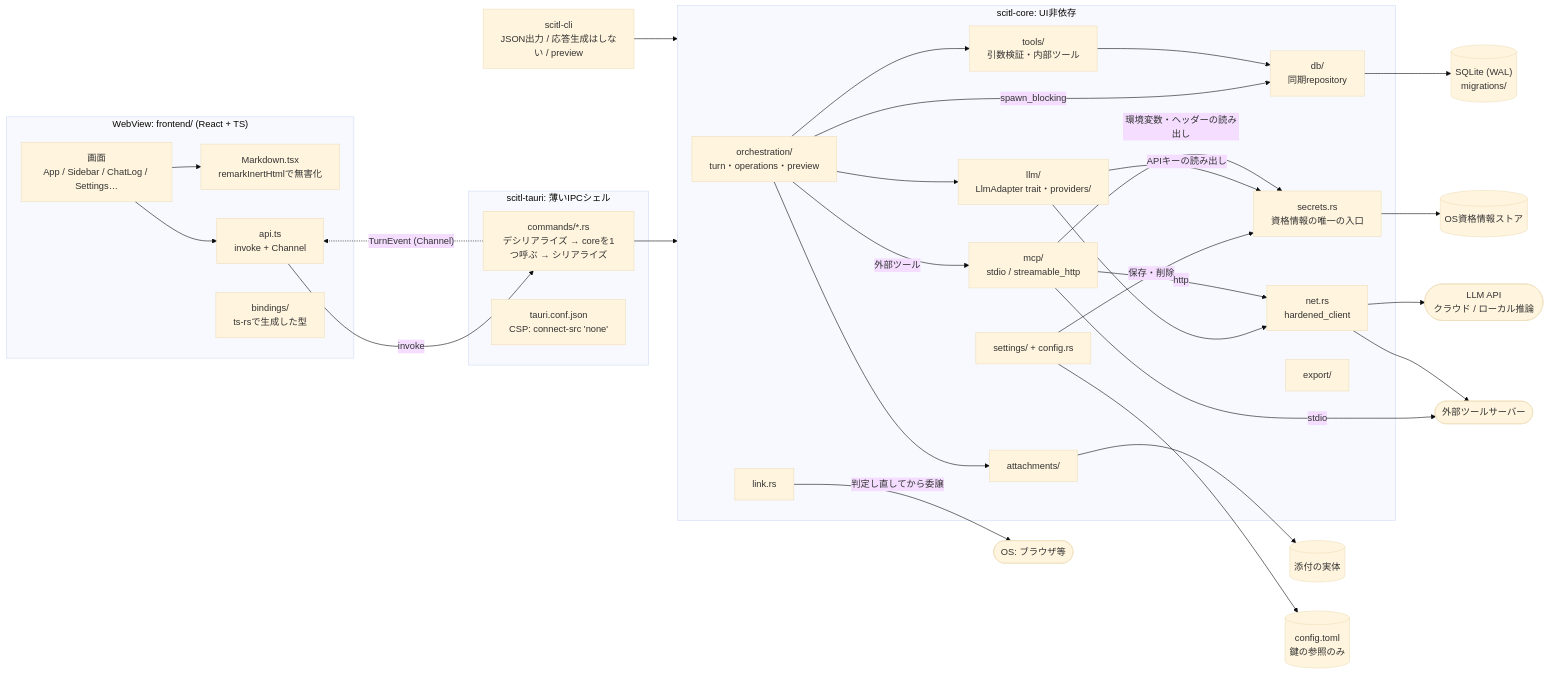
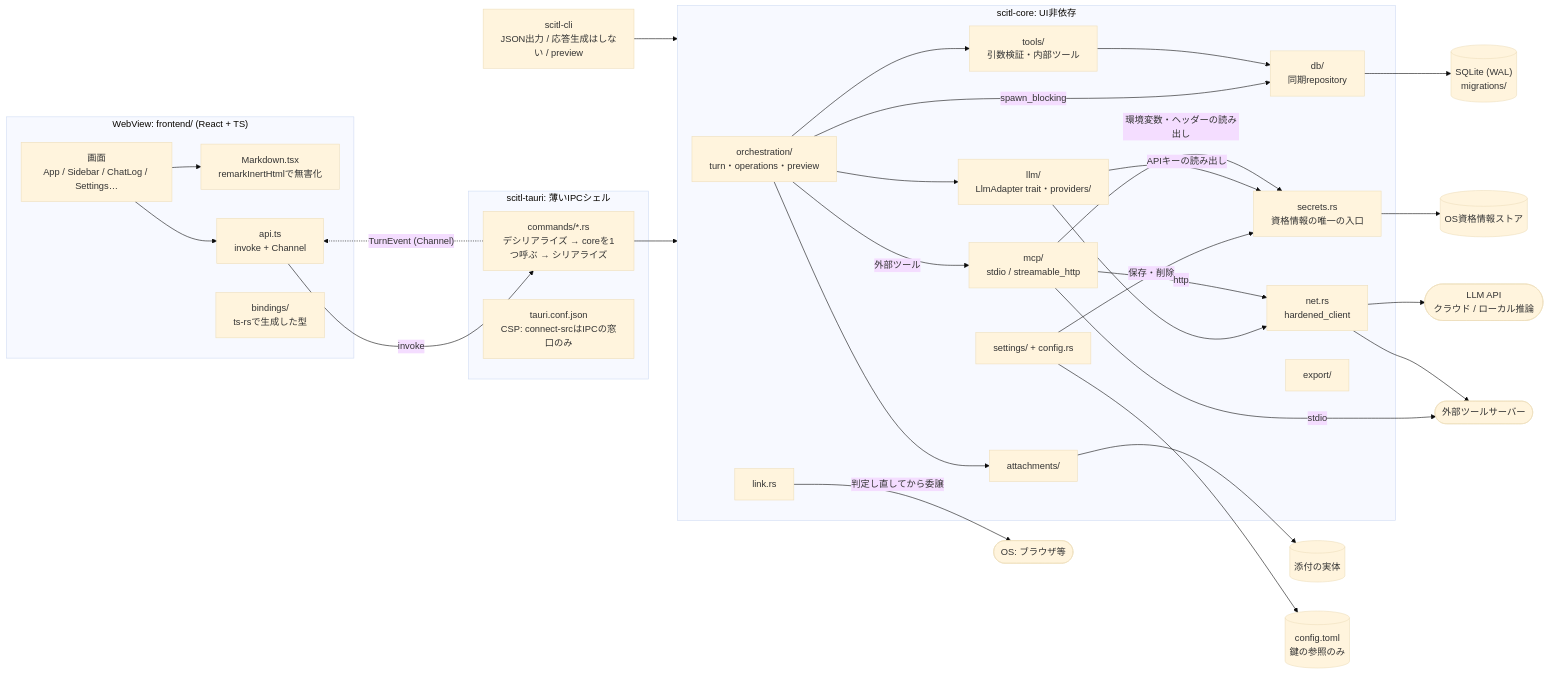
The first of 3 diagrams in docs/architecture-overview.md (Hue-215/SCITL), drawn with Mermaid (base theme) before and after one commit. The commit also changed 2 other files, not shown here.

Commit message:
CSPのconnect-srcにIPCの窓口だけを許可し、本番ビルドの添付を直す
connect-src 'none'ではTauriのIPC(fetch)が止められ、postMessageへ切り替わる。
postMessage経由では本文が必ずJSONになるため、生のバイト列を受け取る
stage_attachmentだけが本番ビルドで失敗していた。外部への通信は引き続き許可しない。

Refs #263

Claude-Session: https://claude.ai/code/session_0187UiCJEGoTPDXW6hJbMHBA

````diff
--- a/docs/architecture-overview.md
+++ b/docs/architecture-overview.md
@@ -14,65 +14,65 @@
 ```mermaid
 flowchart LR
   subgraph WV["WebView: frontend/ (React + TS)"]
     UI["画面<br/>App / Sidebar / ChatLog / Settings…"]
     MD["Markdown.tsx<br/>remarkInertHtmlで無害化"]
     API["api.ts<br/>invoke + Channel"]
     BIND["bindings/<br/>ts-rsで生成した型"]
   end
 
   subgraph TA["scitl-tauri: 薄いIPCシェル"]
     CMD["commands/*.rs<br/>デシリアライズ → coreを1つ呼ぶ → シリアライズ"]
-    CONF["tauri.conf.json<br/>CSP: connect-src 'none'"]
+    CONF["tauri.conf.json<br/>CSP: connect-srcはIPCの窓口のみ"]
   end
 
   CLI["scitl-cli<br/>JSON出力 / 応答生成はしない / preview"]
 
   subgraph CORE["scitl-core: UI非依存"]
     ORCH["orchestration/<br/>turn・operations・preview"]
     TOOLS["tools/<br/>引数検証・内部ツール"]
     LLM["llm/<br/>LlmAdapter trait・providers/"]
     MCP["mcp/<br/>stdio / streamable_http"]
     DB["db/<br/>同期repository"]
     ATT["attachments/"]
     SET["settings/ + config.rs"]
     SEC["secrets.rs<br/>資格情報の唯一の入口"]
     NET["net.rs<br/>hardened_client"]
     LINK["link.rs"]
     EXP["export/"]
   end
 
   SQLITE[("SQLite (WAL)<br/>migrations/")]
   FILES[("添付の実体")]
   TOML[("config.toml<br/>鍵の参照のみ")]
   KEYRING[("OS資格情報ストア")]
   LLMAPI(["LLM API<br/>クラウド / ローカル推論"])
   MCPS(["外部ツールサーバー"])
   OS(["OS: ブラウザ等"])
 
   UI --> MD
   UI --> API
   API -- invoke --> CMD
   CMD -. "TurnEvent (Channel)" .-> API
   CMD --> CORE
   CLI --> CORE
 
   ORCH --> LLM
   ORCH --> TOOLS
   ORCH -- spawn_blocking --> DB
   ORCH --> ATT
   TOOLS --> DB
   ORCH -- 外部ツール --> MCP
   SET -- 保存・削除 --> SEC
   LLM -- APIキーの読み出し --> SEC
   MCP -- 環境変数・ヘッダーの読み出し --> SEC
   SET --> TOML
   LLM --> NET
   MCP -- http --> NET
   MCP -- stdio --> MCPS
   NET --> LLMAPI
   NET --> MCPS
   SEC --> KEYRING
   DB --> SQLITE
   ATT --> FILES
   LINK -- 判定し直してから委譲 --> OS
 ```
````
